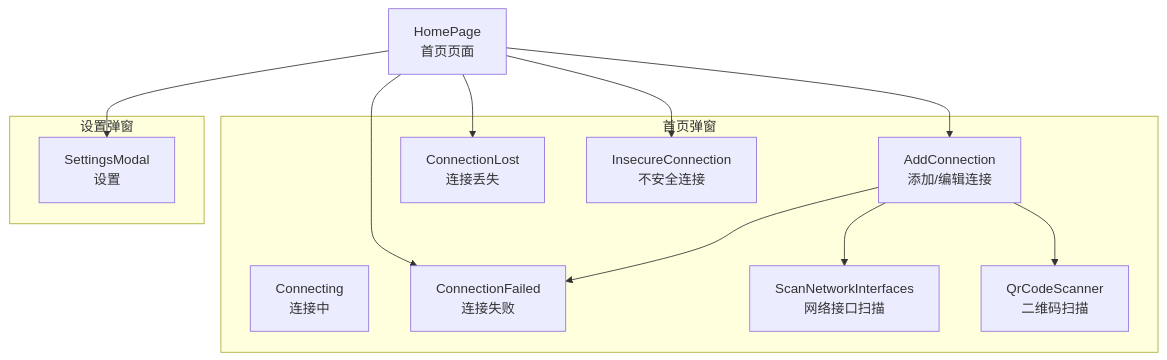
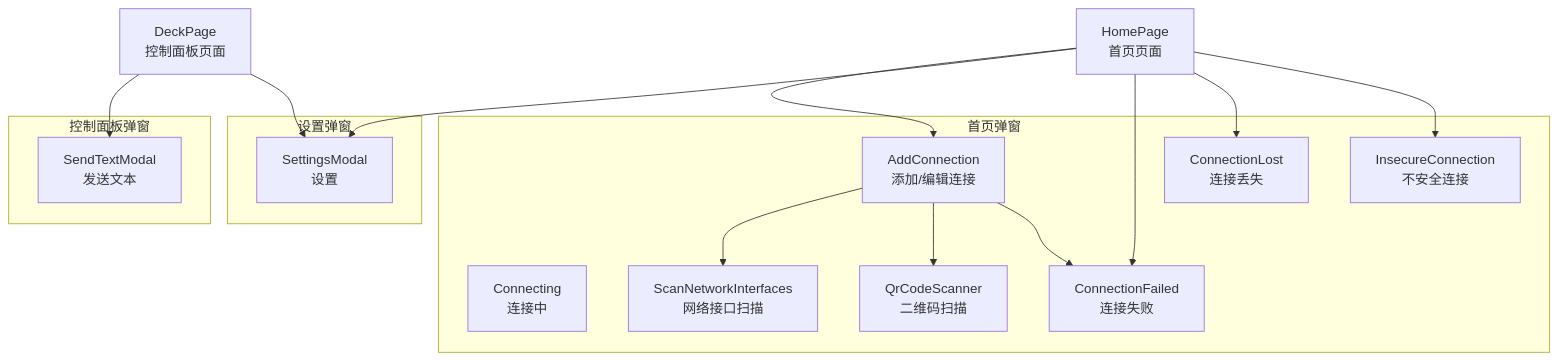
Before and after one commit to tea4go/Macro-Deck-Client-App: the first of 7 diagrams in .qoder/repowiki/zh/content/用户界面组件/弹窗对话框.md, drawn with Mermaid. The commit also changed other lines of this file and 50 other files, not shown here.

````diff
--- a/.qoder/repowiki/zh/content/用户界面组件/弹窗对话框.md
+++ b/.qoder/repowiki/zh/content/用户界面组件/弹窗对话框.md
@@ -58,23 +66,28 @@
 ```mermaid
 graph TB
 subgraph "首页弹窗"
 AC["AddConnection<br/>添加/编辑连接"]
 CONN["Connecting<br/>连接中"]
 CF["ConnectionFailed<br/>连接失败"]
 CL["ConnectionLost<br/>连接丢失"]
 IC["InsecureConnection<br/>不安全连接"]
 SNI["ScanNetworkInterfaces<br/>网络接口扫描"]
 QRC["QrCodeScanner<br/>二维码扫描"]
 end
+subgraph "控制面板弹窗"
+STM["SendTextModal<br/>发送文本"]
+end
 subgraph "设置弹窗"
 SM["SettingsModal<br/>设置"]
 end
 HP["HomePage<br/>首页页面"] --> AC
 HP --> SM
+DP["DeckPage<br/>控制面板页面"] --> STM
+DP --> SM
 AC --> SNI
 AC --> QRC
 AC --> CF
 HP --> CF
 HP --> CL
 HP --> IC
 ```
````
